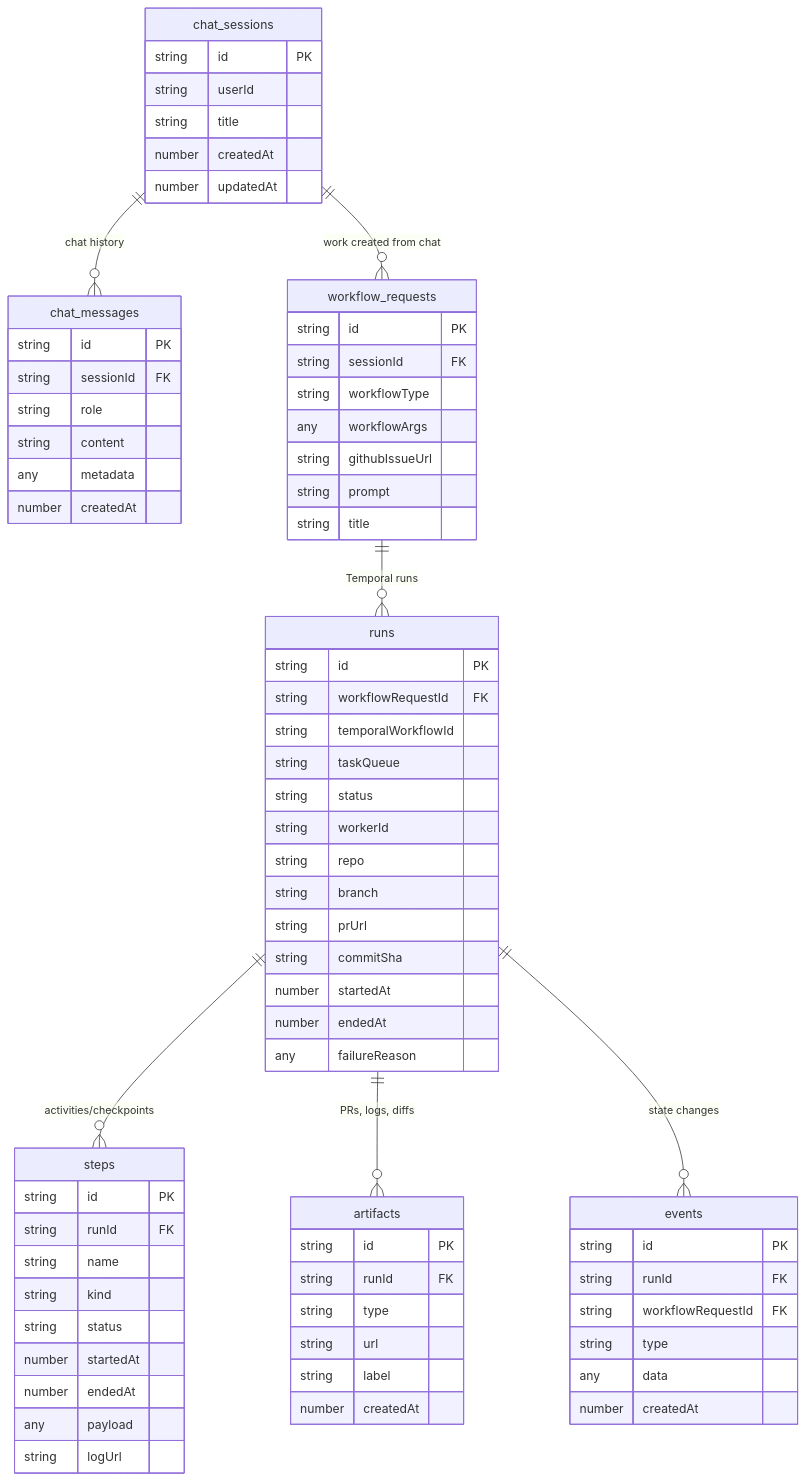
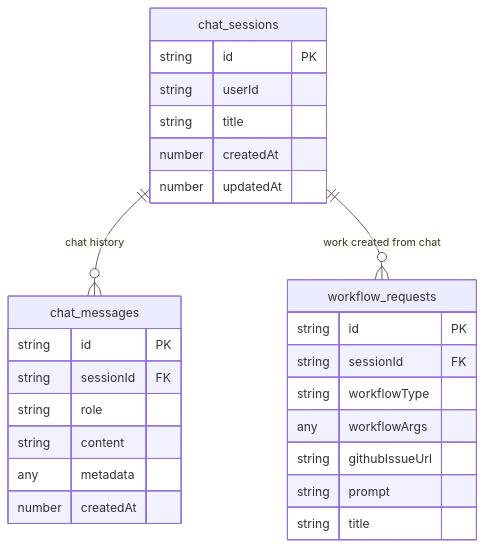
Before and after one commit to proompteng/lab: the diagram in docs/jangar/persistence.md, drawn with Mermaid. The commit also changed other lines of this file, not shown here.

Commit message:
docs: drop runs/steps/artifacts/events for lean workflow_requests

````diff
--- a/docs/jangar/persistence.md
+++ b/docs/jangar/persistence.md
@@ -32,82 +32,32 @@
 ```mermaid
 erDiagram
   chat_sessions {
     string id PK
     string userId
     string title
     number createdAt
     number updatedAt
   }
 
   chat_messages {
     string id PK
     string sessionId FK
     string role
     string content
     any    metadata
     number createdAt
   }
 
   workflow_requests {
     string id PK
     string sessionId FK
     string workflowType
     any    workflowArgs
     string githubIssueUrl
     string prompt
     string title
   }
 
-  runs {
-    string id PK
-    string workflowRequestId FK
-    string temporalWorkflowId
-    string taskQueue
-    string status
-    string workerId
-    string repo
-    string branch
-    string prUrl
-    string commitSha
-    number startedAt
-    number endedAt
-    any    failureReason
-  }
-
-  steps {
-    string id PK
-    string runId FK
-    string name
-    string kind
-    string status
-    number startedAt
-    number endedAt
-    any    payload
-    string logUrl
-  }
-
-  artifacts {
-    string id PK
-    string runId FK
-    string type
-    string url
-    string label
-    number createdAt
-  }
-
-  events {
-    string id PK
-    string runId FK
-    string workflowRequestId FK
-    string type
-    any    data
-    number createdAt
-  }
-
   chat_sessions ||--o{ chat_messages : "chat history"
   chat_sessions ||--o{ workflow_requests : "work created from chat"
-  workflow_requests ||--o{ runs : "Temporal runs"
-  runs ||--o{ steps : "activities/checkpoints"
-  runs ||--o{ artifacts : "PRs, logs, diffs"
-  runs ||--o{ events : "state changes"
 ```
````
